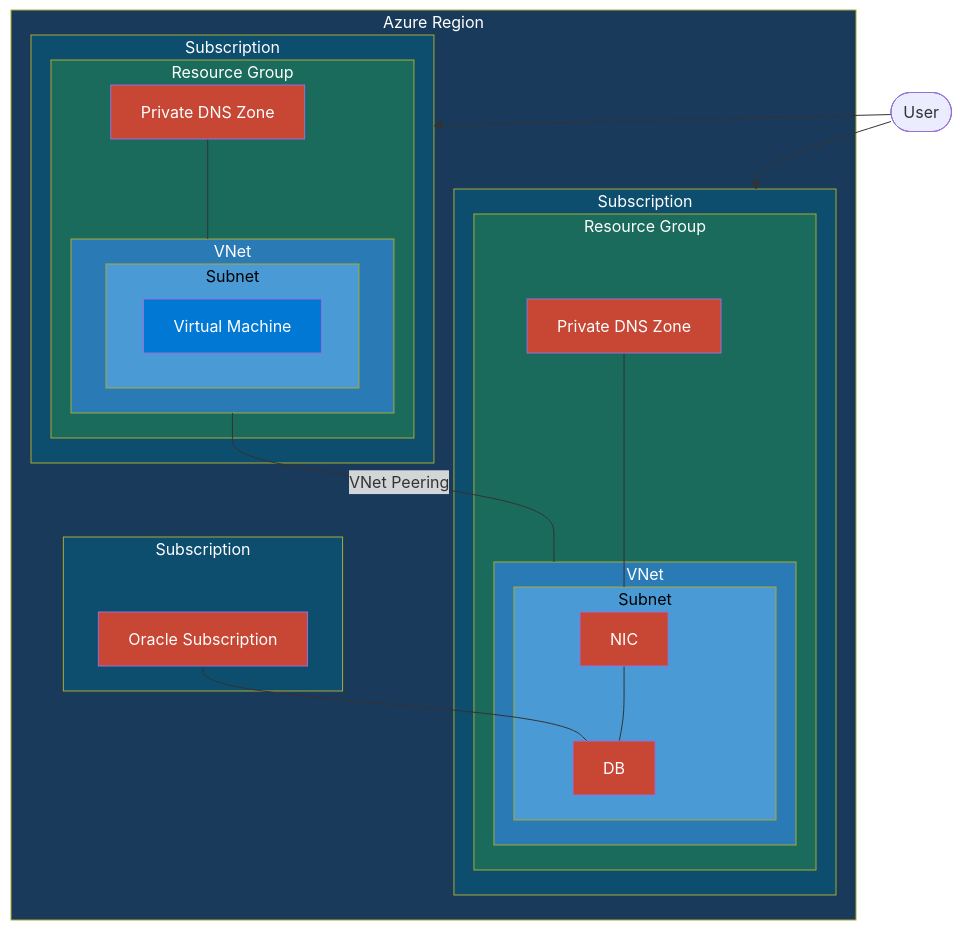
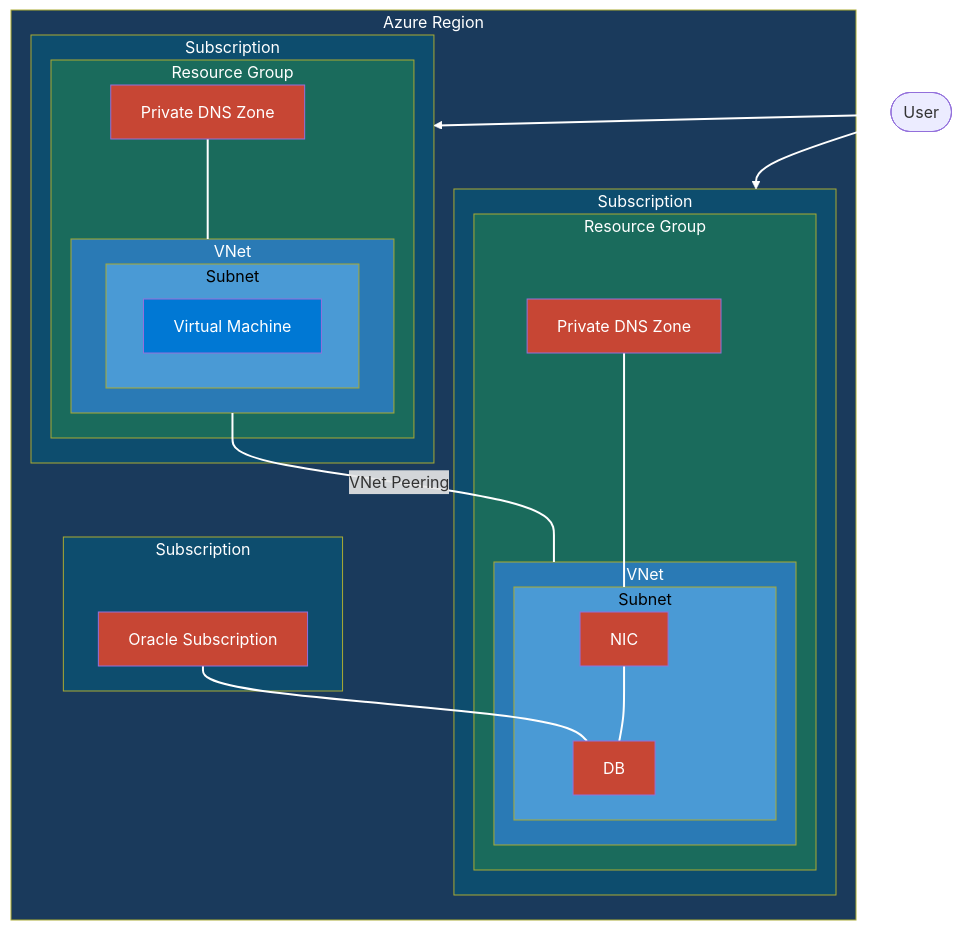
Before and after one commit to cpinotossi/msftmh: the first of 4 diagrams in README.md, drawn with Mermaid. The commit also changed other lines of this file, not shown here.

Commit message:
fix: improve Mermaid diagram line visibility
Add white link styles to dark-background diagrams for better readability

````diff
--- a/README.md
+++ b/README.md
@@ -19,56 +19,57 @@
 ```mermaid
 flowchart TB
     subgraph REGION["Azure Region"]
         subgraph SUB_VM["Subscription"]
             subgraph RG_VM["Resource Group"]
                 PDZ_VM["Private DNS Zone"]
                 subgraph VNET_VM["VNet"]
                     subgraph SNET_VM["Subnet"]
                         VM["Virtual Machine"]
                     end
                 end
             end
         end
 
         subgraph SUB_ODAA["Subscription"]
             subgraph RG_ODAA["Resource Group"]
                 PDZ_ODAA["Private DNS Zone"]
                 subgraph VNET_ODAA["VNet"]
                     subgraph SNET_ODAA["Subnet"]
                         NIC["NIC"]
                         DB["DB"]
                     end
                 end
             end
         end
 
         subgraph SUB_ORA["Subscription"]
             ORA["Oracle Subscription"]
         end
     end
 
     USER(["User"]) --> SUB_VM
     USER --> SUB_ODAA
     PDZ_VM --- VNET_VM
     VNET_VM ---|VNet Peering| VNET_ODAA
     PDZ_ODAA --- SNET_ODAA
     NIC --- DB
     ORA --- DB
 
     style REGION fill:#1a3a5c,color:#fff
     style SUB_VM fill:#0d4d6e,color:#fff
     style SUB_ODAA fill:#0d4d6e,color:#fff
     style SUB_ORA fill:#0d4d6e,color:#fff
     style RG_VM fill:#1a6b5c,color:#fff
     style RG_ODAA fill:#1a6b5c,color:#fff
     style VNET_VM fill:#2a7ab5,color:#fff
     style VNET_ODAA fill:#2a7ab5,color:#fff
     style SNET_VM fill:#4a9ad5,color:#000
     style SNET_ODAA fill:#4a9ad5,color:#000
     style VM fill:#0078D4,color:#fff
     style NIC fill:#C74634,color:#fff
     style DB fill:#C74634,color:#fff
     style ORA fill:#C74634,color:#fff
     style PDZ_VM fill:#C74634,color:#fff
     style PDZ_ODAA fill:#C74634,color:#fff
+    linkStyle default stroke:#fff,stroke-width:2px
 ```
````
